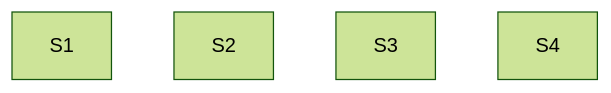
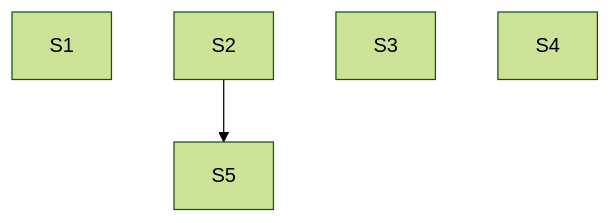
One commit to lmmoreira/ikaro changed the diagram in td/TD54-FOLLOW-UPS-FROM-THE-TD53-DOCS-AUDIT.md. Above: the diagram before and after it, drawn with Mermaid (forest theme). The commit also changed other lines of this file and 7 other files, not shown here.

````diff
--- a/td/TD54-FOLLOW-UPS-FROM-THE-TD53-DOCS-AUDIT.md
+++ b/td/TD54-FOLLOW-UPS-FROM-THE-TD53-DOCS-AUDIT.md
@@ -27,7 +28,9 @@
 ```mermaid
 graph TD
   S1
   S2
   S3
   S4
+  S5
+  S2 --> S5
 ```
````
